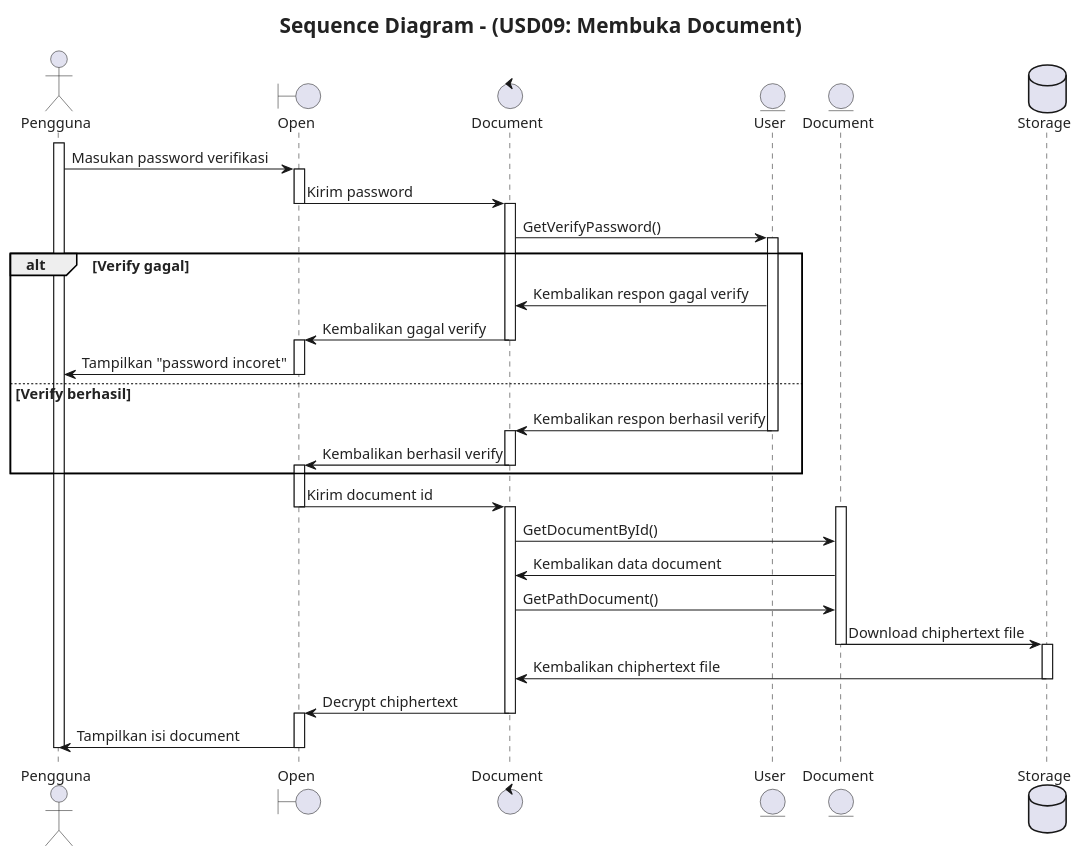
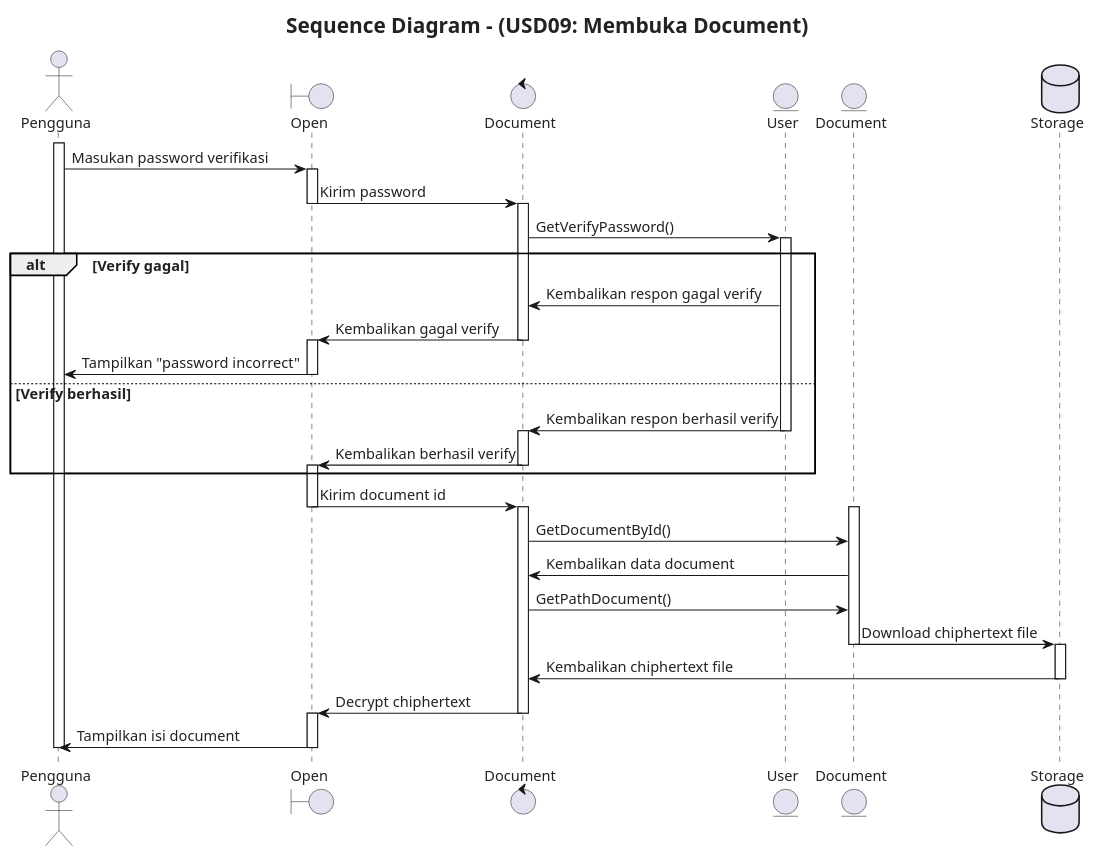
The diagram in sequence-diagram/09_Membuka document.puml (syafiq-ubay/walldoc-plantUML), drawn with PlantUML before and after one commit. The commit also changed 4 other files, not shown here.

```diff
--- a/sequence-diagram/09_Membuka document.puml
+++ b/sequence-diagram/09_Membuka document.puml
@@ -1,57 +1,57 @@
 @startuml
 skinparam defaultFontName "JetBrains Mono"
 skinparam defaultFontSize 14
 skinparam defaultFontColor #222222
 skinparam titleFontSize 20
 title Sequence Diagram - (USD09: Membuka Document)
 
 actor Pengguna as User
 boundary "Open" as View
 control "Document" as System
 entity "User" as DB
 entity "Document" as DB2
 database "Storage" as Storage
 
 activate User
 User -> View: Masukan password verifikasi
 activate View
 View -> System: Kirim password
 deactivate View
 
     activate System
     System -> DB: GetVerifyPassword()
 alt Verify gagal
     activate DB
     DB -> System: Kembalikan respon gagal verify
     System -> View: Kembalikan gagal verify
     deactivate System
     activate View
-    View -> User: Tampilkan "password incoret"
+    View -> User: Tampilkan "password incorrect"
     deactivate View
 else Verify berhasil
     DB -> System: Kembalikan respon berhasil verify
     deactivate DB
     activate System
     System -> View: Kembalikan berhasil verify
     deactivate System
     activate View
 end
 View -> System: Kirim document id
 deactivate View
 activate System
 activate DB2
 System -> DB2: GetDocumentById()
 DB2 -> System: Kembalikan data document
 System -> DB2: GetPathDocument()
 DB2 -> Storage: Download chiphertext file 
 deactivate DB2
 activate Storage
 Storage -> System: Kembalikan chiphertext file 
 deactivate Storage
 System -> View: Decrypt chiphertext 
 deactivate System
 activate View
 View -> User: Tampilkan isi document
 deactivate View
 deactivate User
 @enduml
```
